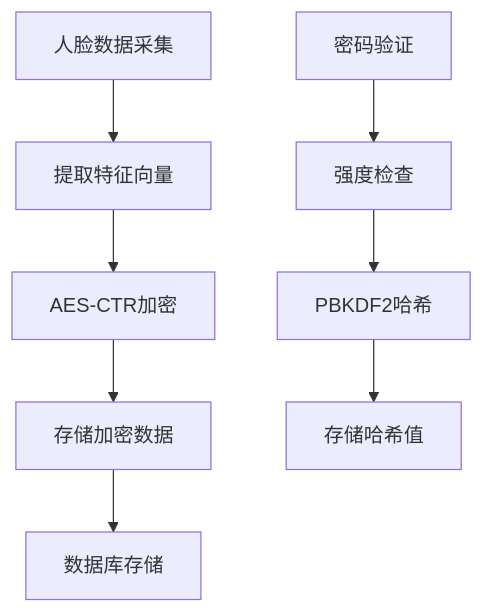
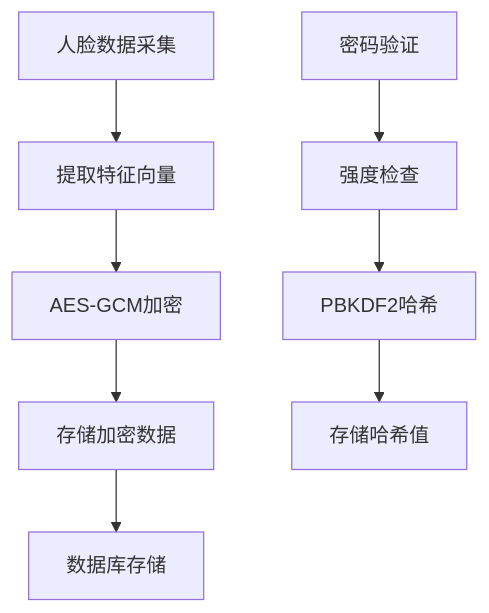
One commit to onebody/homework changed the sixth of 12 diagrams in .qoder/repowiki/zh/content/安全与认证机制/安全与认证机制.md. Above: the diagram before and after it, drawn with Mermaid. The commit also changed other lines of this file and 35 other files, not shown here.

````diff
--- a/.qoder/repowiki/zh/content/安全与认证机制/安全与认证机制.md
+++ b/.qoder/repowiki/zh/content/安全与认证机制/安全与认证机制.md
@@ -355,10 +423,10 @@
 ```mermaid
 flowchart TD
 A["人脸数据采集"] --> B["提取特征向量"]
-B --> C["AES-CTR加密"]
+B --> C["AES-GCM加密"]
 C --> D["存储加密数据"]
 D --> E["数据库存储"]
 F["密码验证"] --> G["强度检查"]
 G --> H["PBKDF2哈希"]
 H --> I["存储哈希值"]
 ```
````
